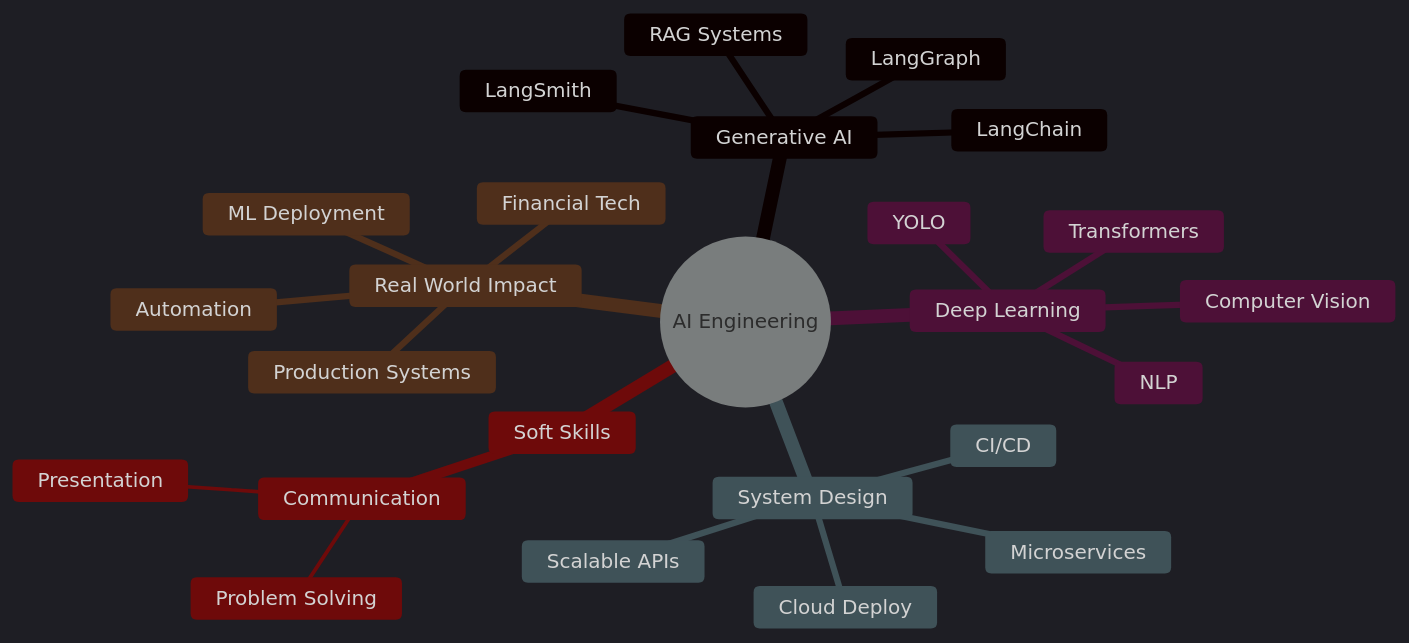
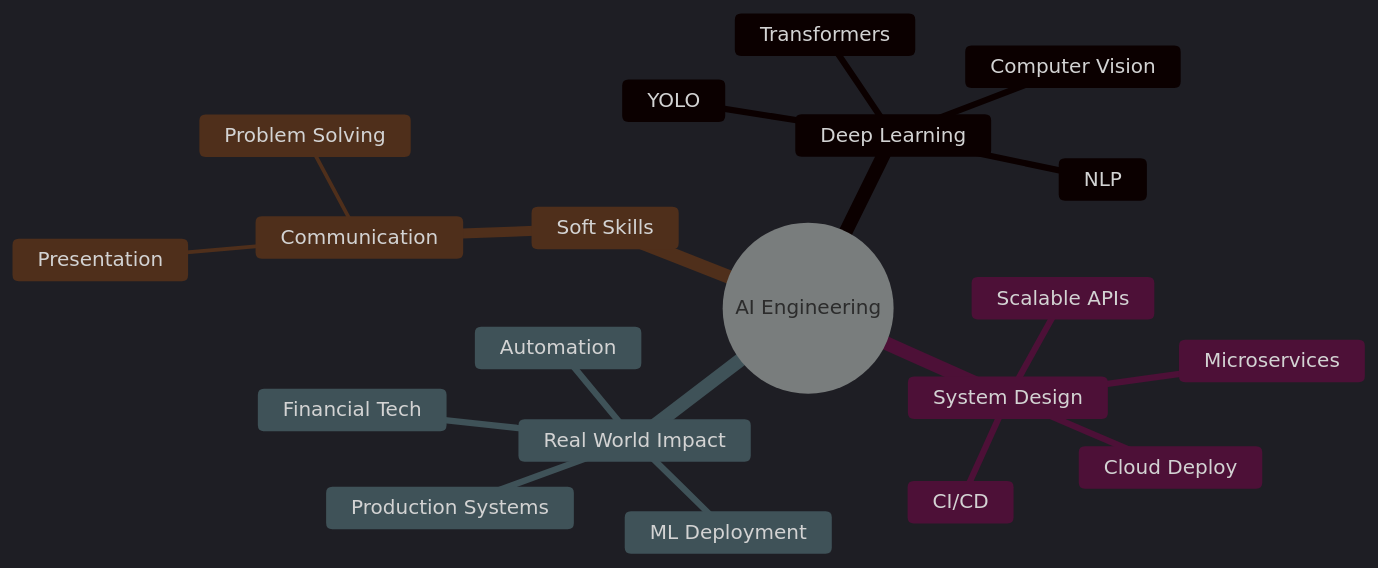
One commit to akshaykumar0034/akshaykumar0034 changed the diagram in README.md. Above: the diagram before and after it, drawn with Mermaid.

Commit message:
Update mindmap in README to remove Generative AI
Removed Generative AI section from mindmap.

````diff
--- a/README.md
+++ b/README.md
@@ -128,29 +128,24 @@
 ```mermaid
 %%{init: {'theme':'dark'}}%%
 mindmap
   root((AI Engineering))
-    Generative AI
-      LangGraph
-      LangChain
-      LangSmith
-      RAG Systems
     Deep Learning
       YOLO
       Computer Vision
       NLP
       Transformers
     System Design
       Scalable APIs
       Microservices
       Cloud Deploy
       CI/CD
     Real World Impact
       Financial Tech
       Automation
       Production Systems
       ML Deployment
    Soft Skills
        Communication
         Presentation
         Problem Solving
 ```
````
